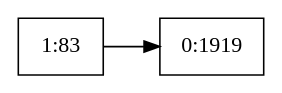
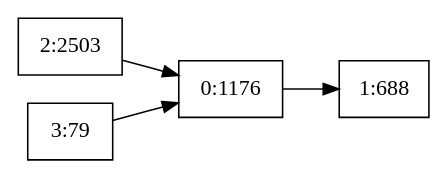
The diagram in graph/rm_bf_update.dot (agongdai/peta), drawn with Graphviz before and after one commit. The commit also changed 10 other files, not shown here.

```diff
--- a/graph/rm_bf_update.dot
+++ b/graph/rm_bf_update.dot
@@ -1,6 +1,10 @@
 digraph g { 
 	rankdir = LR 
-	0 [shape=box, label="0:1919"] 
-	1 [shape=box, label="1:83"] 
-	1 -> 0
+	0 [shape=box, label="0:1176"] 
+	0 -> 1
+	1 [shape=box, label="1:688"] 
+	2 [shape=box, label="2:2503"] 
+	2 -> 0
+	3 [shape=box, label="3:79"] 
+	3 -> 0
 } 
```
